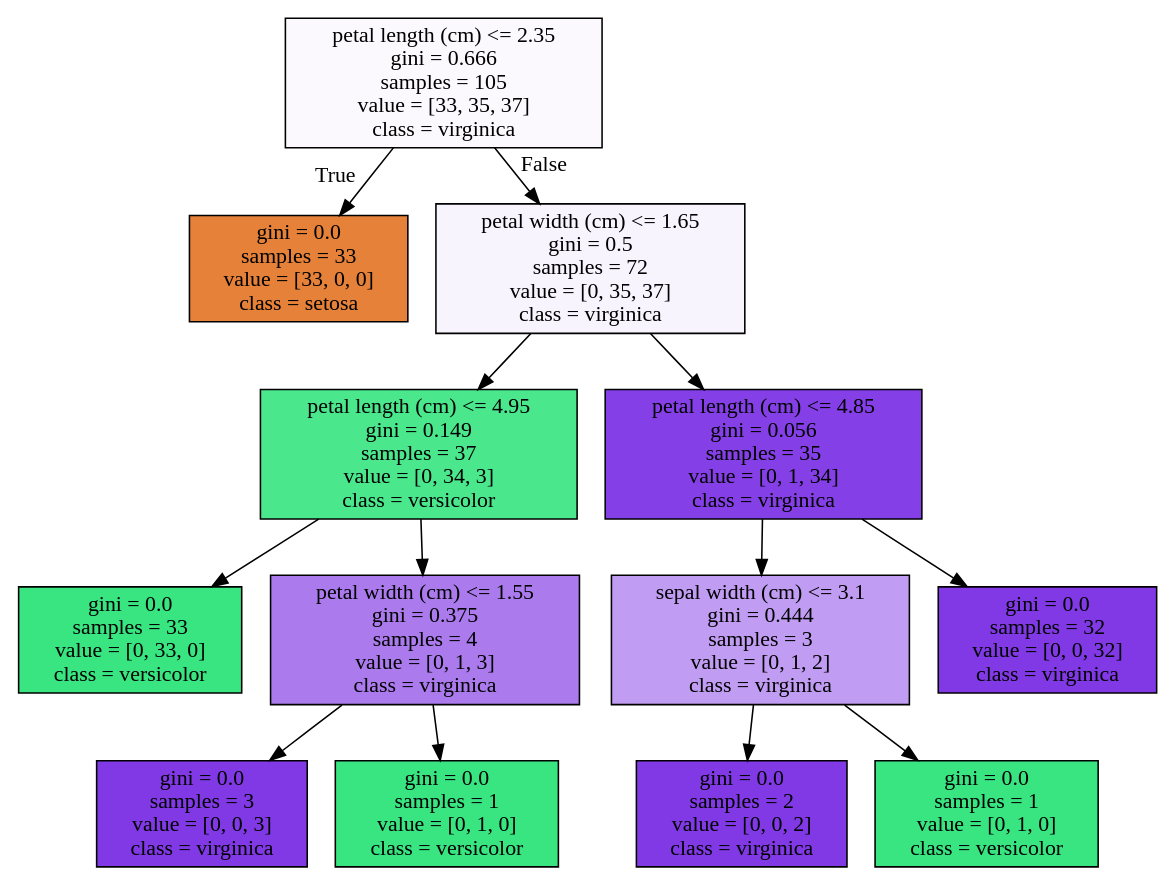
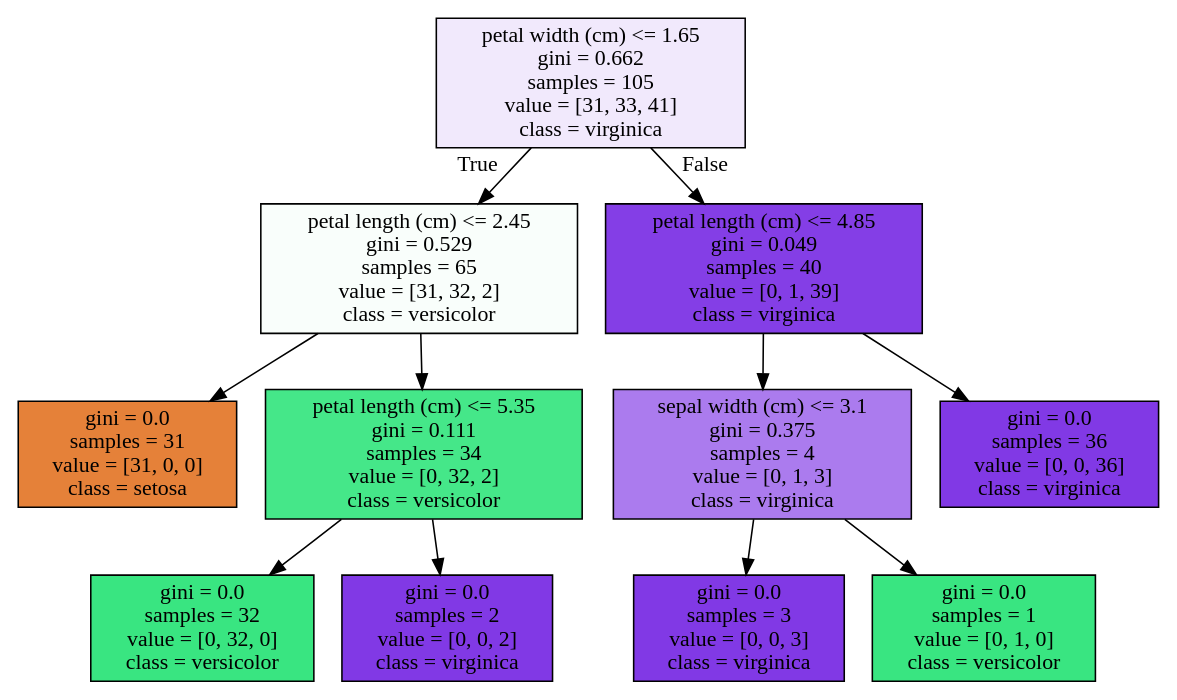
One commit to shi-vani233/106_ShivaniPatel changed the diagram in lab4/iris_tree.dot. Above: the diagram before and after it, drawn with Graphviz. The commit also changed 4 other files, not shown here.

```diff
--- a/lab4/iris_tree.dot
+++ b/lab4/iris_tree.dot
@@ -1,28 +1,24 @@
 digraph Tree {
 node [shape=box, style="filled", color="black"] ;
-0 [label="petal length (cm) <= 2.35\ngini = 0.666\nsamples = 105\nvalue = [33, 35, 37]\nclass = virginica", fillcolor="#fbf9fe"] ;
-1 [label="gini = 0.0\nsamples = 33\nvalue = [33, 0, 0]\nclass = setosa", fillcolor="#e58139"] ;
+0 [label="petal width (cm) <= 1.65\ngini = 0.662\nsamples = 105\nvalue = [31, 33, 41]\nclass = virginica", fillcolor="#f1e9fc"] ;
+1 [label="petal length (cm) <= 2.45\ngini = 0.529\nsamples = 65\nvalue = [31, 32, 2]\nclass = versicolor", fillcolor="#f9fefb"] ;
 0 -> 1 [labeldistance=2.5, labelangle=45, headlabel="True"] ;
-2 [label="petal width (cm) <= 1.65\ngini = 0.5\nsamples = 72\nvalue = [0, 35, 37]\nclass = virginica", fillcolor="#f8f4fe"] ;
-0 -> 2 [labeldistance=2.5, labelangle=-45, headlabel="False"] ;
-3 [label="petal length (cm) <= 4.95\ngini = 0.149\nsamples = 37\nvalue = [0, 34, 3]\nclass = versicolor", fillcolor="#4ae78c"] ;
-2 -> 3 ;
-4 [label="gini = 0.0\nsamples = 33\nvalue = [0, 33, 0]\nclass = versicolor", fillcolor="#39e581"] ;
+2 [label="gini = 0.0\nsamples = 31\nvalue = [31, 0, 0]\nclass = setosa", fillcolor="#e58139"] ;
+1 -> 2 ;
+3 [label="petal length (cm) <= 5.35\ngini = 0.111\nsamples = 34\nvalue = [0, 32, 2]\nclass = versicolor", fillcolor="#45e789"] ;
+1 -> 3 ;
+4 [label="gini = 0.0\nsamples = 32\nvalue = [0, 32, 0]\nclass = versicolor", fillcolor="#39e581"] ;
 3 -> 4 ;
-5 [label="petal width (cm) <= 1.55\ngini = 0.375\nsamples = 4\nvalue = [0, 1, 3]\nclass = virginica", fillcolor="#ab7bee"] ;
+5 [label="gini = 0.0\nsamples = 2\nvalue = [0, 0, 2]\nclass = virginica", fillcolor="#8139e5"] ;
 3 -> 5 ;
-6 [label="gini = 0.0\nsamples = 3\nvalue = [0, 0, 3]\nclass = virginica", fillcolor="#8139e5"] ;
-5 -> 6 ;
-7 [label="gini = 0.0\nsamples = 1\nvalue = [0, 1, 0]\nclass = versicolor", fillcolor="#39e581"] ;
-5 -> 7 ;
-8 [label="petal length (cm) <= 4.85\ngini = 0.056\nsamples = 35\nvalue = [0, 1, 34]\nclass = virginica", fillcolor="#853fe6"] ;
-2 -> 8 ;
-9 [label="sepal width (cm) <= 3.1\ngini = 0.444\nsamples = 3\nvalue = [0, 1, 2]\nclass = virginica", fillcolor="#c09cf2"] ;
-8 -> 9 ;
-10 [label="gini = 0.0\nsamples = 2\nvalue = [0, 0, 2]\nclass = virginica", fillcolor="#8139e5"] ;
-9 -> 10 ;
-11 [label="gini = 0.0\nsamples = 1\nvalue = [0, 1, 0]\nclass = versicolor", fillcolor="#39e581"] ;
-9 -> 11 ;
-12 [label="gini = 0.0\nsamples = 32\nvalue = [0, 0, 32]\nclass = virginica", fillcolor="#8139e5"] ;
-8 -> 12 ;
+6 [label="petal length (cm) <= 4.85\ngini = 0.049\nsamples = 40\nvalue = [0, 1, 39]\nclass = virginica", fillcolor="#843ee6"] ;
+0 -> 6 [labeldistance=2.5, labelangle=-45, headlabel="False"] ;
+7 [label="sepal width (cm) <= 3.1\ngini = 0.375\nsamples = 4\nvalue = [0, 1, 3]\nclass = virginica", fillcolor="#ab7bee"] ;
+6 -> 7 ;
+8 [label="gini = 0.0\nsamples = 3\nvalue = [0, 0, 3]\nclass = virginica", fillcolor="#8139e5"] ;
+7 -> 8 ;
+9 [label="gini = 0.0\nsamples = 1\nvalue = [0, 1, 0]\nclass = versicolor", fillcolor="#39e581"] ;
+7 -> 9 ;
+10 [label="gini = 0.0\nsamples = 36\nvalue = [0, 0, 36]\nclass = virginica", fillcolor="#8139e5"] ;
+6 -> 10 ;
 }
```
